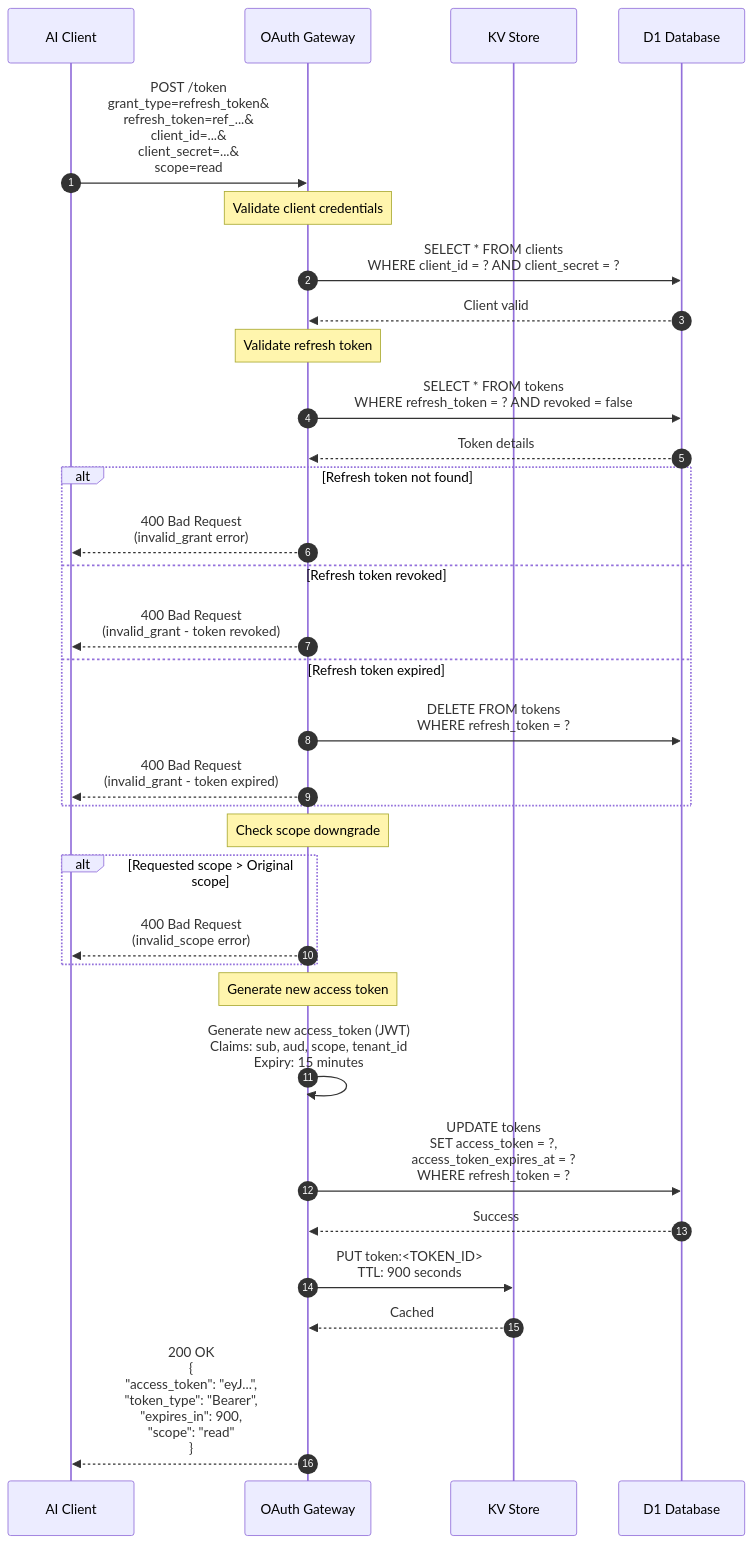
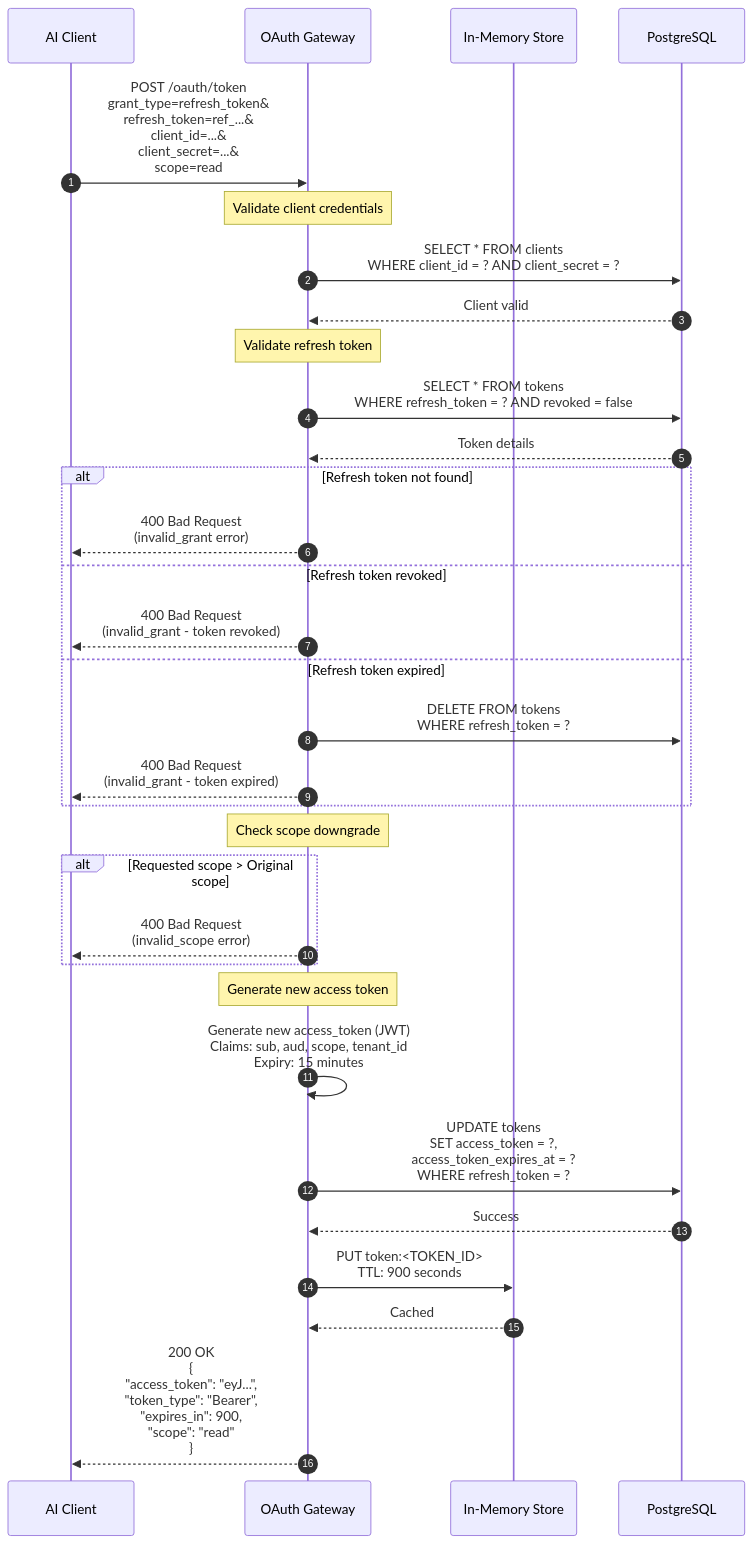
Before and after one commit to TevBenji/OAuth-2.1-MCP-Gateway: the second of 8 diagrams in docs/architecture/flows.md, drawn with Mermaid. The commit also changed other lines of this file and 75 other files, not shown here.

````diff
--- a/docs/architecture/flows.md
+++ b/docs/architecture/flows.md
@@ -118,43 +118,43 @@
 ```mermaid
 sequenceDiagram
     autonumber
     participant AI as AI Client
     participant Gateway as OAuth Gateway
-    participant KV as KV Store
-    participant D1 as D1 Database
+    participant Mem as In-Memory Store
+    participant DB as PostgreSQL
 
-    AI->>Gateway: POST /token<br/>grant_type=refresh_token&<br/>refresh_token=ref_...&<br/>client_id=...&<br/>client_secret=...&<br/>scope=read
+    AI->>Gateway: POST /oauth/token<br/>grant_type=refresh_token&<br/>refresh_token=ref_...&<br/>client_id=...&<br/>client_secret=...&<br/>scope=read
 
     Note over Gateway: Validate client credentials
-    Gateway->>D1: SELECT * FROM clients<br/>WHERE client_id = ? AND client_secret = ?
-    D1-->>Gateway: Client valid
+    Gateway->>DB: SELECT * FROM clients<br/>WHERE client_id = ? AND client_secret = ?
+    DB-->>Gateway: Client valid
 
     Note over Gateway: Validate refresh token
-    Gateway->>D1: SELECT * FROM tokens<br/>WHERE refresh_token = ? AND revoked = false
-    D1-->>Gateway: Token details
+    Gateway->>DB: SELECT * FROM tokens<br/>WHERE refresh_token = ? AND revoked = false
+    DB-->>Gateway: Token details
 
     alt Refresh token not found
         Gateway-->>AI: 400 Bad Request<br/>(invalid_grant error)
     else Refresh token revoked
         Gateway-->>AI: 400 Bad Request<br/>(invalid_grant - token revoked)
     else Refresh token expired
-        Gateway->>D1: DELETE FROM tokens<br/>WHERE refresh_token = ?
+        Gateway->>DB: DELETE FROM tokens<br/>WHERE refresh_token = ?
         Gateway-->>AI: 400 Bad Request<br/>(invalid_grant - token expired)
     end
 
     Note over Gateway: Check scope downgrade
     alt Requested scope > Original scope
         Gateway-->>AI: 400 Bad Request<br/>(invalid_scope error)
     end
 
     Note over Gateway: Generate new access token
     Gateway->>Gateway: Generate new access_token (JWT)<br/>Claims: sub, aud, scope, tenant_id<br/>Expiry: 15 minutes
 
-    Gateway->>D1: UPDATE tokens<br/>SET access_token = ?,<br/>    access_token_expires_at = ?<br/>WHERE refresh_token = ?
-    D1-->>Gateway: Success
+    Gateway->>DB: UPDATE tokens<br/>SET access_token = ?,<br/>    access_token_expires_at = ?<br/>WHERE refresh_token = ?
+    DB-->>Gateway: Success
 
-    Gateway->>KV: PUT token:<TOKEN_ID><br/>TTL: 900 seconds
-    KV-->>Gateway: Cached
+    Gateway->>Mem: PUT token:<TOKEN_ID><br/>TTL: 900 seconds
+    Mem-->>Gateway: Cached
 
     Gateway-->>AI: 200 OK<br/>{<br/>  "access_token": "eyJ...",<br/>  "token_type": "Bearer",<br/>  "expires_in": 900,<br/>  "scope": "read"<br/>}
 ```
````
